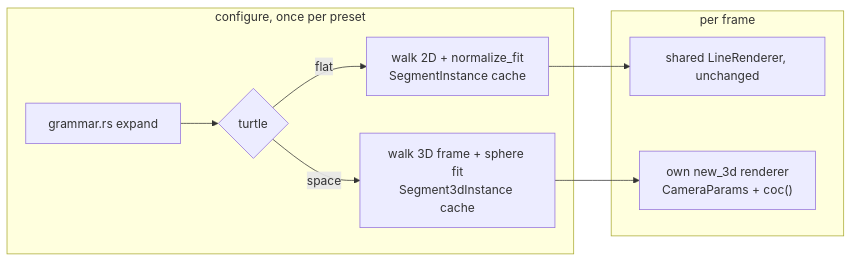
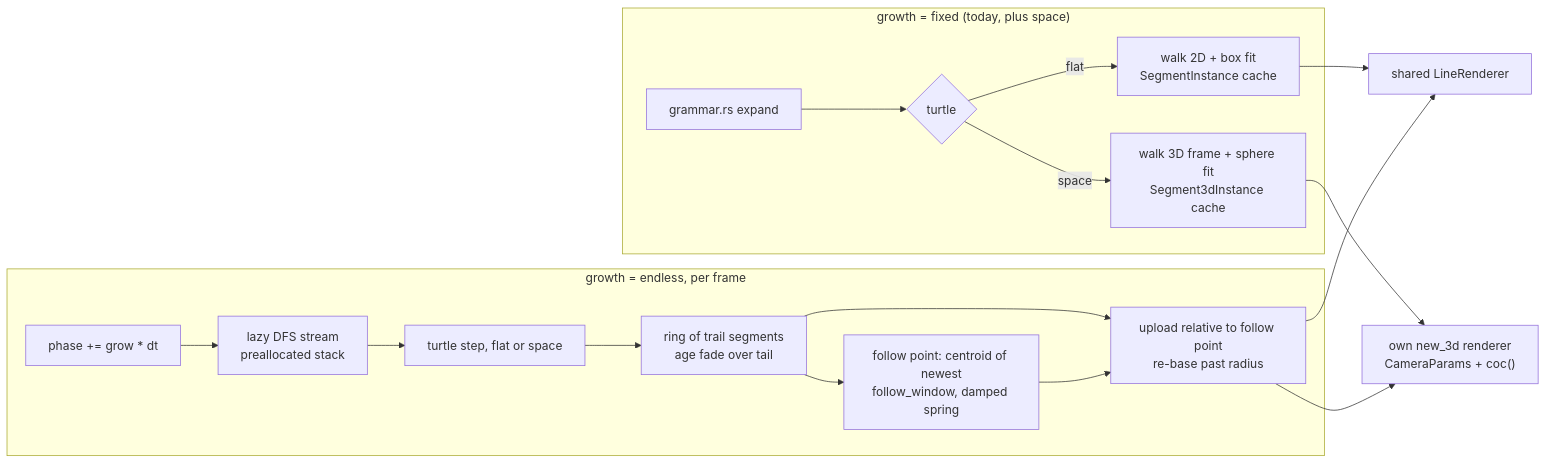
Before and after one commit to IgorKonovalov/Ritmolux: the diagram in docs/plans/0237-the-l-system-turtle-turns-in-space.md, drawn with Mermaid. The commit also changed other lines of this file and 1 other file, not shown here.

First line of the commit message:
docs: plan 0237 grows an endless L-system vine the camera follows

````diff
--- a/docs/plans/0237-the-l-system-turtle-turns-in-space.md
+++ b/docs/plans/0237-the-l-system-turtle-turns-in-space.md
@@ -42,12 +83,19 @@
 ```mermaid
 flowchart LR
-    subgraph load[configure, once per preset]
+    subgraph fixed["growth = fixed (today, plus space)"]
         G[grammar.rs expand] --> T{turtle}
-        T -- flat --> W2[walk 2D + normalize_fit<br/>SegmentInstance cache]
+        T -- flat --> W2[walk 2D + box fit<br/>SegmentInstance cache]
         T -- space --> W3[walk 3D frame + sphere fit<br/>Segment3dInstance cache]
     end
-    subgraph frame[per frame]
-        W2 --> D2[shared LineRenderer, unchanged]
-        W3 --> D3["own new_3d renderer<br/>CameraParams + coc()"]
+    subgraph endless["growth = endless, per frame"]
+        PH["phase += grow * dt"] --> ST["lazy DFS stream<br/>preallocated stack"]
+        ST --> TU[turtle step, flat or space]
+        TU --> RING["ring of trail segments<br/>age fade over tail"]
+        RING --> FP["follow point: centroid of newest<br/>follow_window, damped spring"]
+        RING --> REL[upload relative to follow point<br/>re-base past radius]
+        FP --> REL
     end
+    W2 --> D2[shared LineRenderer]
+    W3 --> D3["own new_3d renderer<br/>CameraParams + coc()"]
+    REL --> D2 & D3
 ```
````
